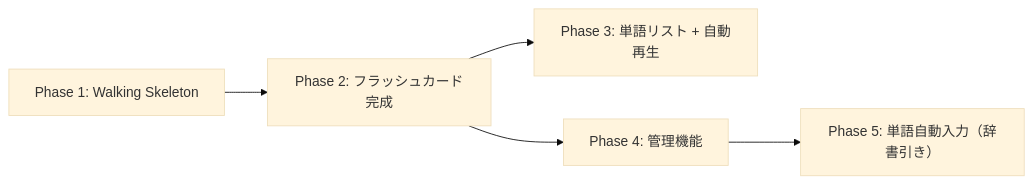
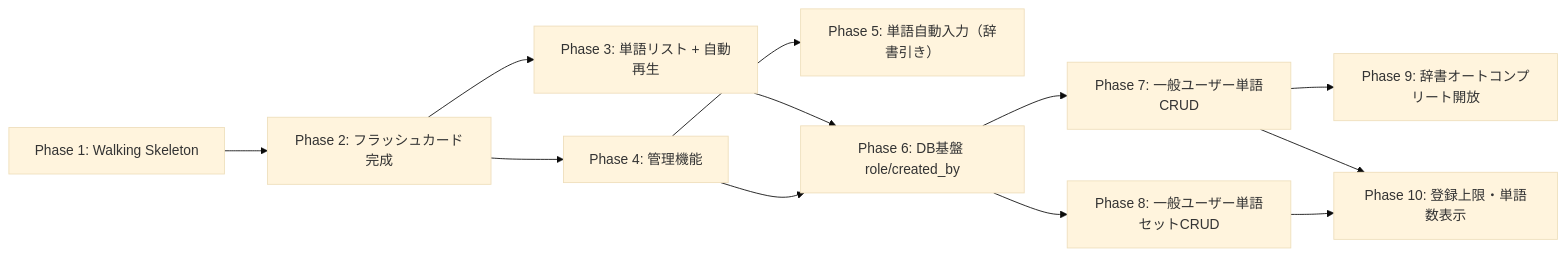
One commit to t-takamichi/learning-word changed the diagram in docs/spec/impl/phase/README.md. Above: the diagram before and after it, drawn with Mermaid (base theme). The commit also changed other lines of this file and 9 other files, not shown here.

````diff
--- a/docs/spec/impl/phase/README.md
+++ b/docs/spec/impl/phase/README.md
@@ -48,7 +58,14 @@
 ```mermaid
 graph LR
   P1[Phase 1: Walking Skeleton] --> P2[Phase 2: フラッシュカード完成]
   P2 --> P3[Phase 3: 単語リスト + 自動再生]
   P2 --> P4[Phase 4: 管理機能]
   P4 --> P5[Phase 5: 単語自動入力（辞書引き）]
+  P3 --> P6[Phase 6: DB基盤 role/created_by]
+  P4 --> P6
+  P6 --> P7[Phase 7: 一般ユーザー単語CRUD]
+  P6 --> P8[Phase 8: 一般ユーザー単語セットCRUD]
+  P7 --> P9[Phase 9: 辞書オートコンプリート開放]
+  P7 --> P10[Phase 10: 登録上限・単語数表示]
+  P8 --> P10
 ```
````
